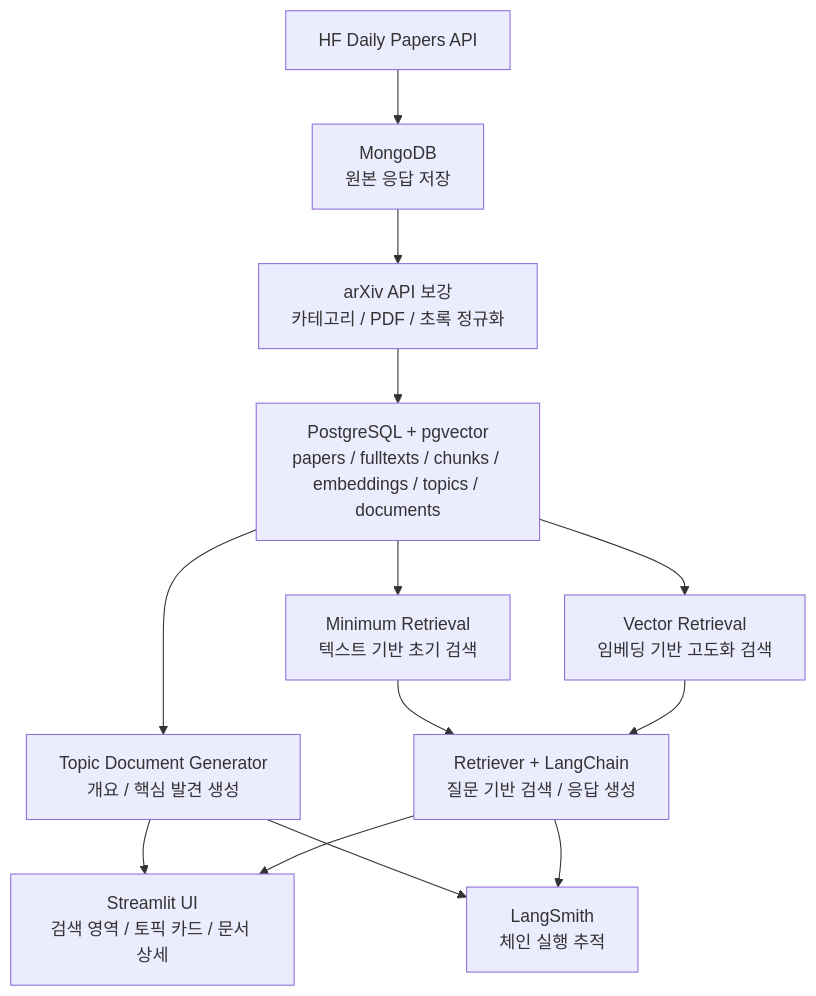
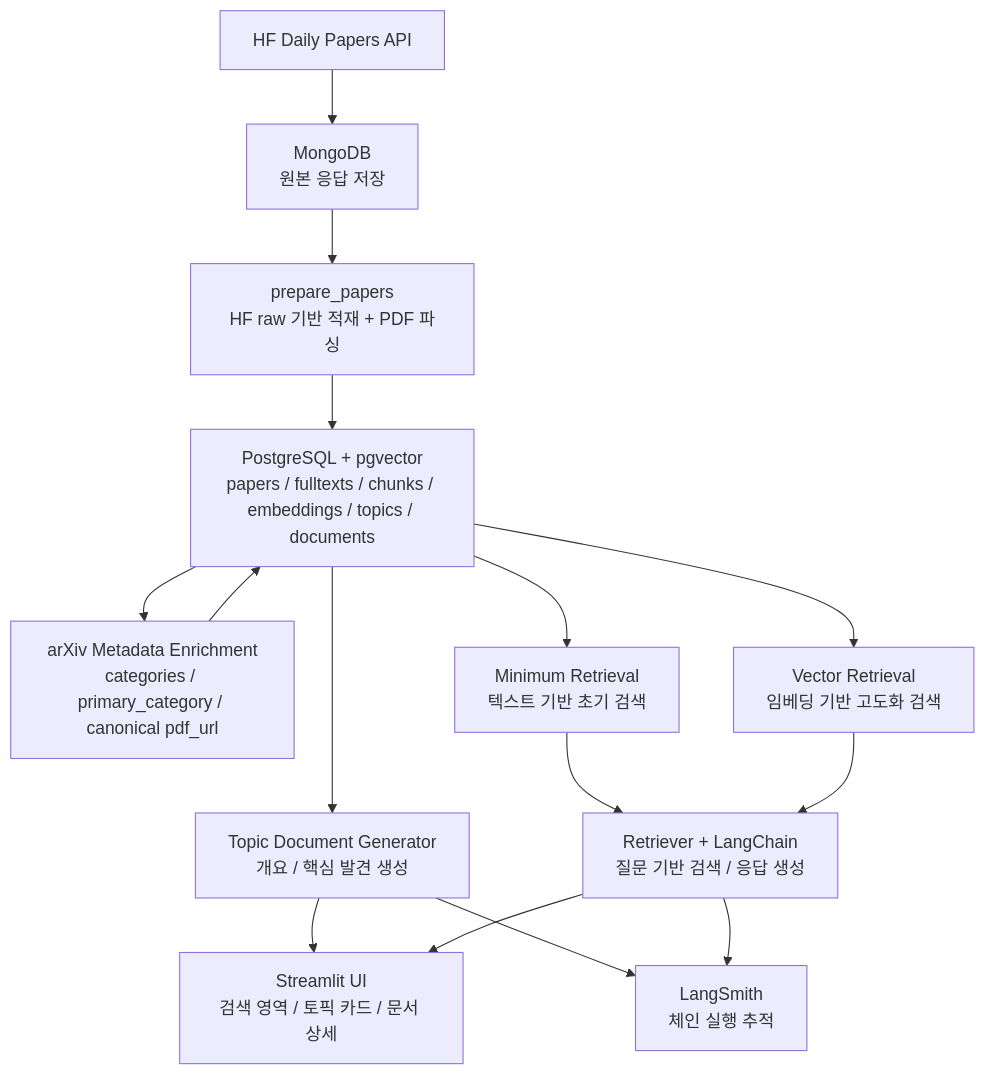
The first of 5 diagrams in docs/ARCHITECTURE.md (SKNETWORKS-FAMILY-AICAMP/SKN25-3rd-2Team), drawn with Mermaid before and after one commit. The commit also changed other lines of this file and 36 other files, not shown here.

Commit message:
Refactor paper ingestion and metadata enrichment flow

````diff
--- a/docs/ARCHITECTURE.md
+++ b/docs/ARCHITECTURE.md
@@ -11,15 +11,17 @@
 ```mermaid
 flowchart TD
     A[HF Daily Papers API] --> B[MongoDB<br/>원본 응답 저장]
-    B --> C[arXiv API 보강<br/>카테고리 / PDF / 초록 정규화]
+    B --> C[prepare_papers<br/>HF raw 기반 적재 + PDF 파싱]
     C --> D[PostgreSQL + pgvector<br/>papers / fulltexts / chunks / embeddings / topics / documents]
+    D --> K[arXiv Metadata Enrichment<br/>categories / primary_category / canonical pdf_url]
+    K --> D
     D --> E[Topic Document Generator<br/>개요 / 핵심 발견 생성]
     D --> F[Minimum Retrieval<br/>텍스트 기반 초기 검색]
     D --> G[Vector Retrieval<br/>임베딩 기반 고도화 검색]
     F --> H[Retriever + LangChain<br/>질문 기반 검색 / 응답 생성]
     G --> H
     E --> I[Streamlit UI<br/>검색 영역 / 토픽 카드 / 문서 상세]
     H --> I
     E --> J[LangSmith<br/>체인 실행 추적]
     H --> J
 ```
````
